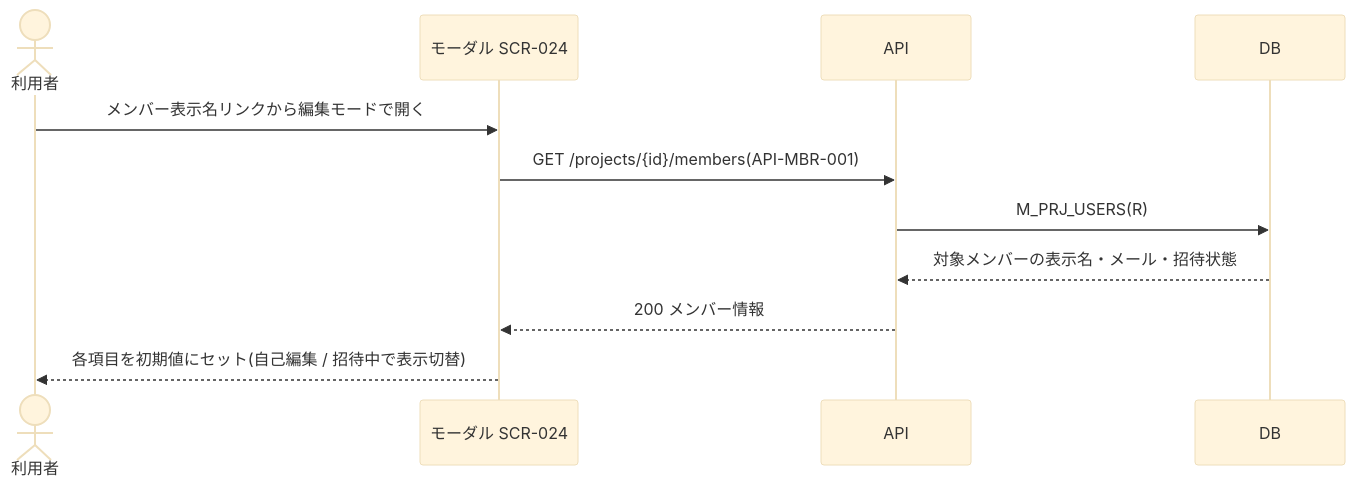
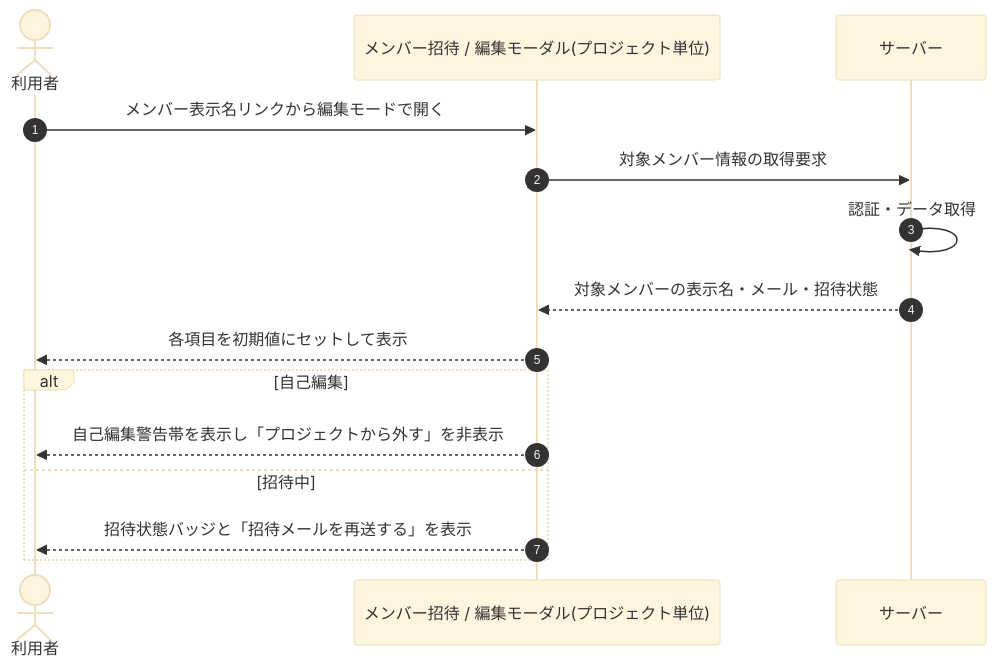
One commit to sikakou54/open-faq changed the diagram in 02_basic_design/05_sequences/SEQ-047.md. Above: the diagram before and after it, drawn with Mermaid (base theme). The commit also changed other lines of this file and 108 other files, not shown here.

First line of the commit message:
基本設計: シーケンス図を基本設計粒度(ユーザー/画面/サーバー)へ再編成

````diff
--- a/02_basic_design/05_sequences/SEQ-047.md
+++ b/02_basic_design/05_sequences/SEQ-047.md
@@ -25,13 +32,17 @@
 ```mermaid
 sequenceDiagram
+  autonumber
   actor U as 利用者
-  participant S as モーダル SCR-024
-  participant API as API
-  participant DB as DB
-  U->>S: メンバー表示名リンクから編集モードで開く
-  S->>API: GET /projects/{id}/members(API-MBR-001)
-  API->>DB: M_PRJ_USERS(R)
-  DB-->>API: 対象メンバーの表示名・メール・招待状態
-  API-->>S: 200 メンバー情報
-  S-->>U: 各項目を初期値にセット(自己編集 / 招待中で表示切替)
+  participant Screen as メンバー招待 / 編集モーダル(プロジェクト単位)
+  participant Server as サーバー
+  U->>Screen: メンバー表示名リンクから編集モードで開く
+  Screen->>Server: 対象メンバー情報の取得要求
+  Server->>Server: 認証・データ取得
+  Server-->>Screen: 対象メンバーの表示名・メール・招待状態
+  Screen-->>U: 各項目を初期値にセットして表示
+  alt 自己編集
+    Screen-->>U: 自己編集警告帯を表示し「プロジェクトから外す」を非表示
+  else 招待中
+    Screen-->>U: 招待状態バッジと「招待メールを再送する」を表示
+  end
 ```
````
